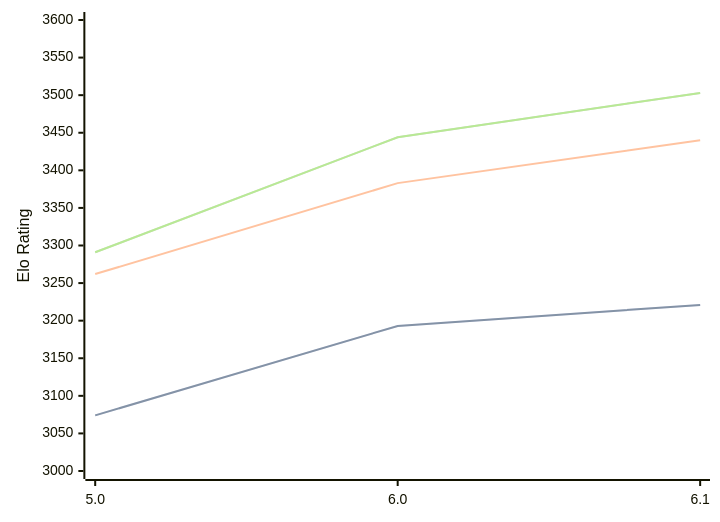
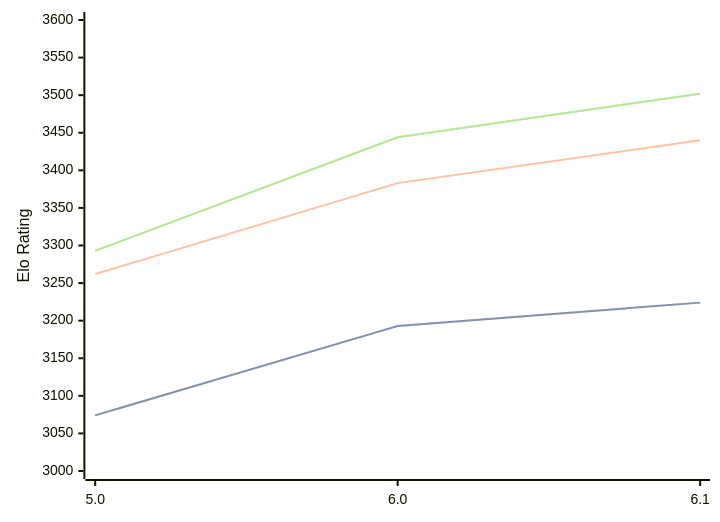
Before and after one commit to computer-chess-index/cci: the diagram in engines/PZChessBot.md, drawn with Mermaid. The commit also changed other lines of this file, not shown here.

Commit message:
Update CCI Ratings (ELO VLTC) - 2026-03-27

````diff
--- a/engines/PZChessBot.md
+++ b/engines/PZChessBot.md
@@ -42,11 +42,11 @@
 ```mermaid
 %%{init: {"theme":"base","themeVariables":{"seriesColors:['#a3a3a3','#222221','#faa371']}}}%%
 xychart-beta
   x-axis ["5.0", "6.0", "6.1"]
   y-axis "Elo Rating" 3000 --> 3600
-  line "STC (8.0+0.08s)" [3074, 3193, 3221]
-  line "STC (8.0+0.08s)" [3074, 3193, 3221]
+  line "STC (8.0+0.08s)" [3074, 3193, 3224]
+  line "STC (8.0+0.08s)" [3074, 3193, 3224]
   line "LTC (60.0+0.60s)" [3262, 3383, 3440]
-  line "VLTC (2m24s+1.12s)" [3291, 3444, 3503]
-  line "VLTC (2m24s+1.12s)" [3291, 3444, 3503]
+  line "VLTC (2m24s+1.12s)" [3293, 3444, 3502]
+  line "VLTC (2m24s+1.12s)" [3293, 3444, 3502]
 ```
````
